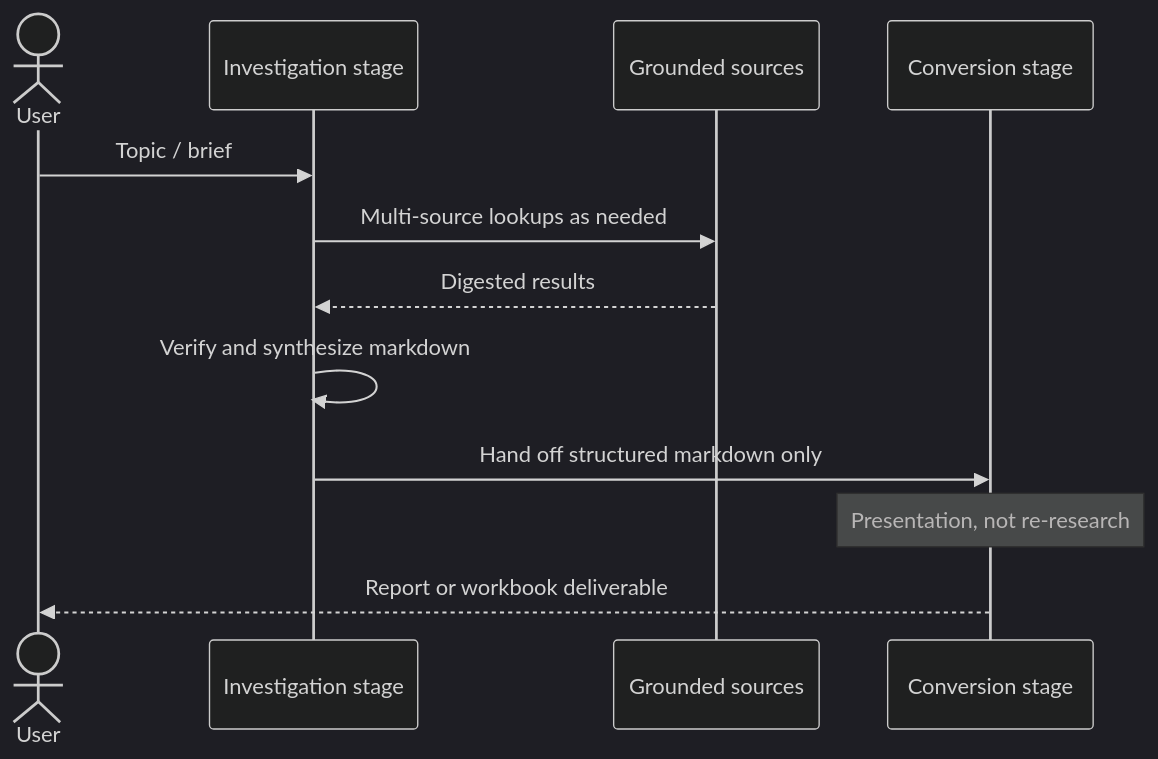
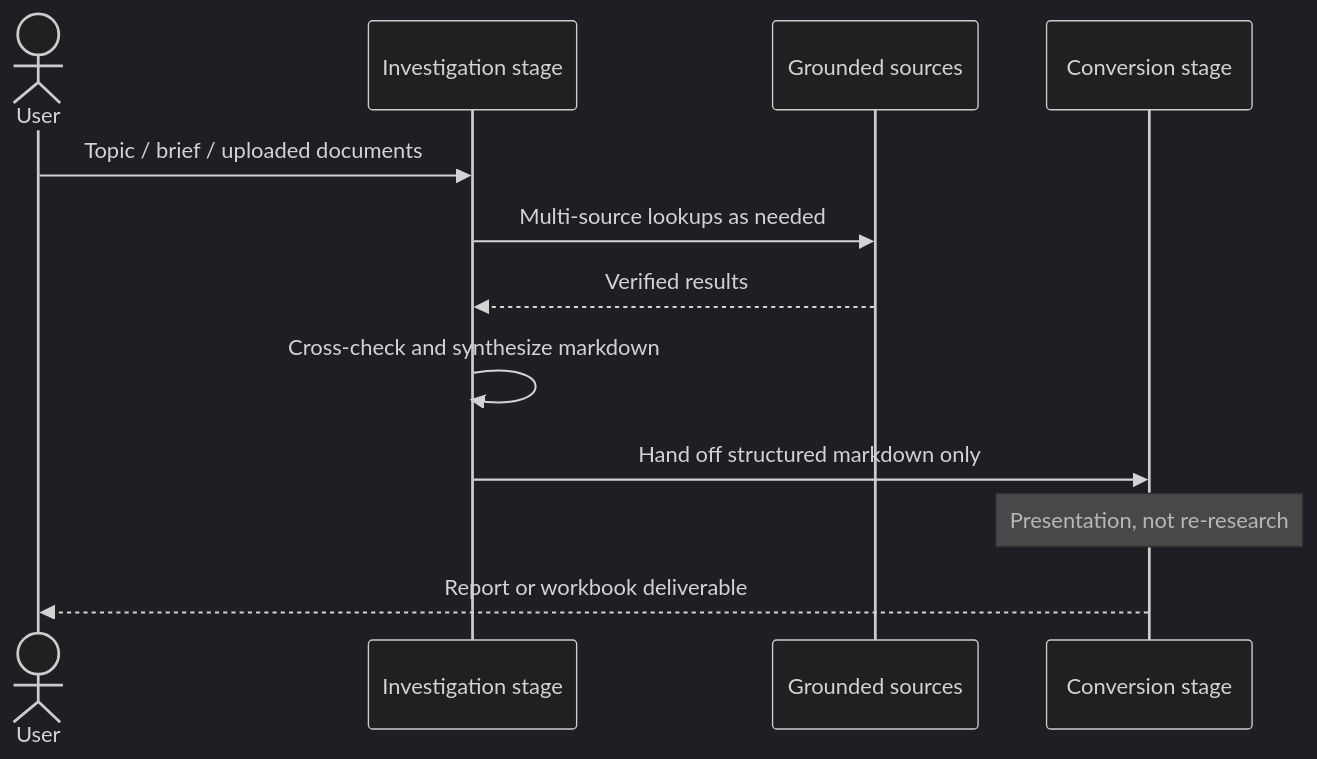
One commit to Beunec/beunec-site-staging changed the second of 2 diagrams in Beunec Docs/rivine agentic engines/rivine_research.md. Above: the diagram before and after it, drawn with Mermaid (dark theme). The commit also changed other lines of this file and 31 other files, not shown here.

````diff
--- a/Beunec Docs/rivine agentic engines/rivine_research.md
+++ b/Beunec Docs/rivine agentic engines/rivine_research.md
@@ -26,15 +30,15 @@
 ```mermaid
 sequenceDiagram
     actor User
     participant Lead as Investigation stage
-    participant RCP as Grounded sources
+    participant Sources as Grounded sources
     participant Conv as Conversion stage
 
-    User->>Lead: Topic / brief
-    Lead->>RCP: Multi-source lookups as needed
-    RCP-->>Lead: Digested results
-    Lead->>Lead: Verify and synthesize markdown
+    User->>Lead: Topic / brief / uploaded documents
+    Lead->>Sources: Multi-source lookups as needed
+    Sources-->>Lead: Verified results
+    Lead->>Lead: Cross-check and synthesize markdown
     Lead->>Conv: Hand off structured markdown only
     Note over Conv: Presentation, not re-research
     Conv-->>User: Report or workbook deliverable
 ```
````
